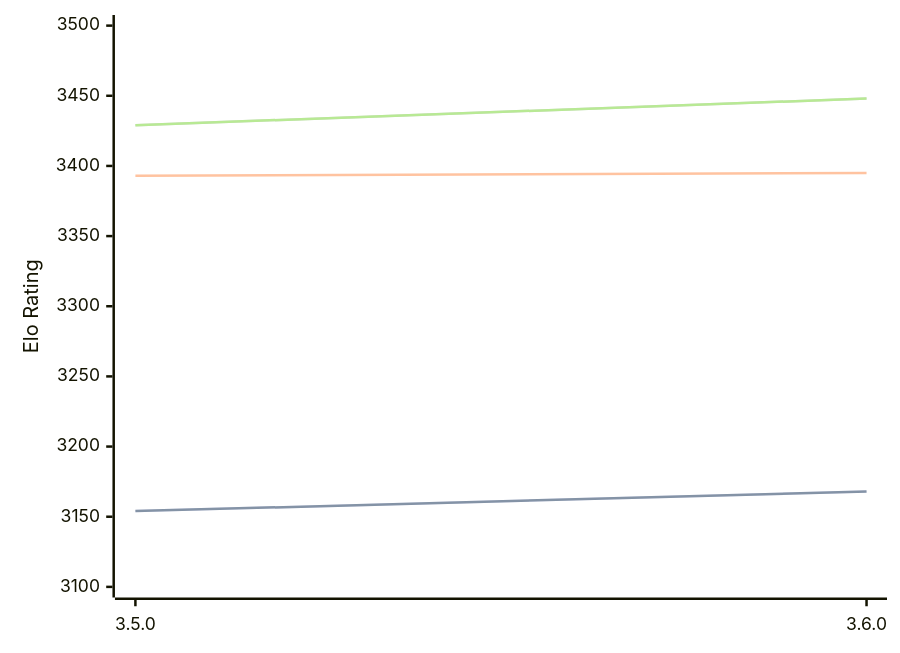
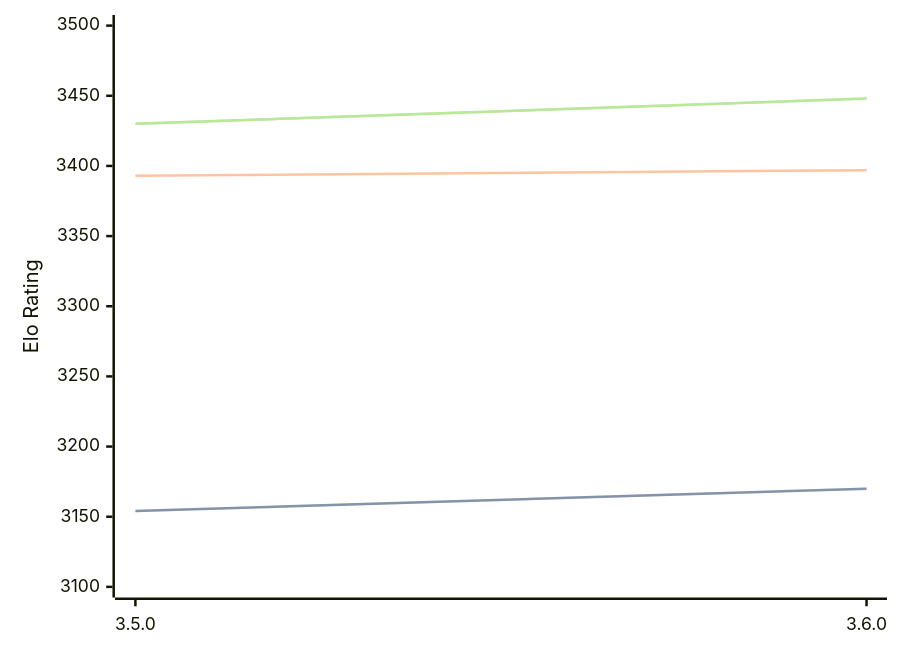
Before and after one commit to computer-chess-index/cci: the diagram in engines/Igel.md, drawn with Mermaid. The commit also changed other lines of this file, not shown here.

Commit message:
Update CCI Ratings (ELO VLTC) - 2026-07-26

````diff
--- a/engines/Igel.md
+++ b/engines/Igel.md
@@ -68,11 +68,11 @@
 ```mermaid
 %%{init: {"theme":"base","themeVariables":{"seriesColors:['#a3a3a3','#222221','#faa371']}}}%%
 xychart-beta
   x-axis ["3.5.0", "3.6.0"]
   y-axis "Elo Rating" 3100 --> 3500
-  line "STC (8.0+0.08s)" [3154, 3168]
-  line "STC (8.0+0.08s)" [3154, 3168]
-  line "LTC (60.0+0.60s)" [3393, 3395]
-  line "VLTC (2m24s+1.12s)" [3429, 3448]
-  line "VLTC (2m24s+1.12s)" [3429, 3448]
+  line "STC (8.0+0.08s)" [3154, 3170]
+  line "STC (8.0+0.08s)" [3154, 3170]
+  line "LTC (60.0+0.60s)" [3393, 3397]
+  line "VLTC (2m24s+1.12s)" [3430, 3448]
+  line "VLTC (2m24s+1.12s)" [3430, 3448]
 ```
````
